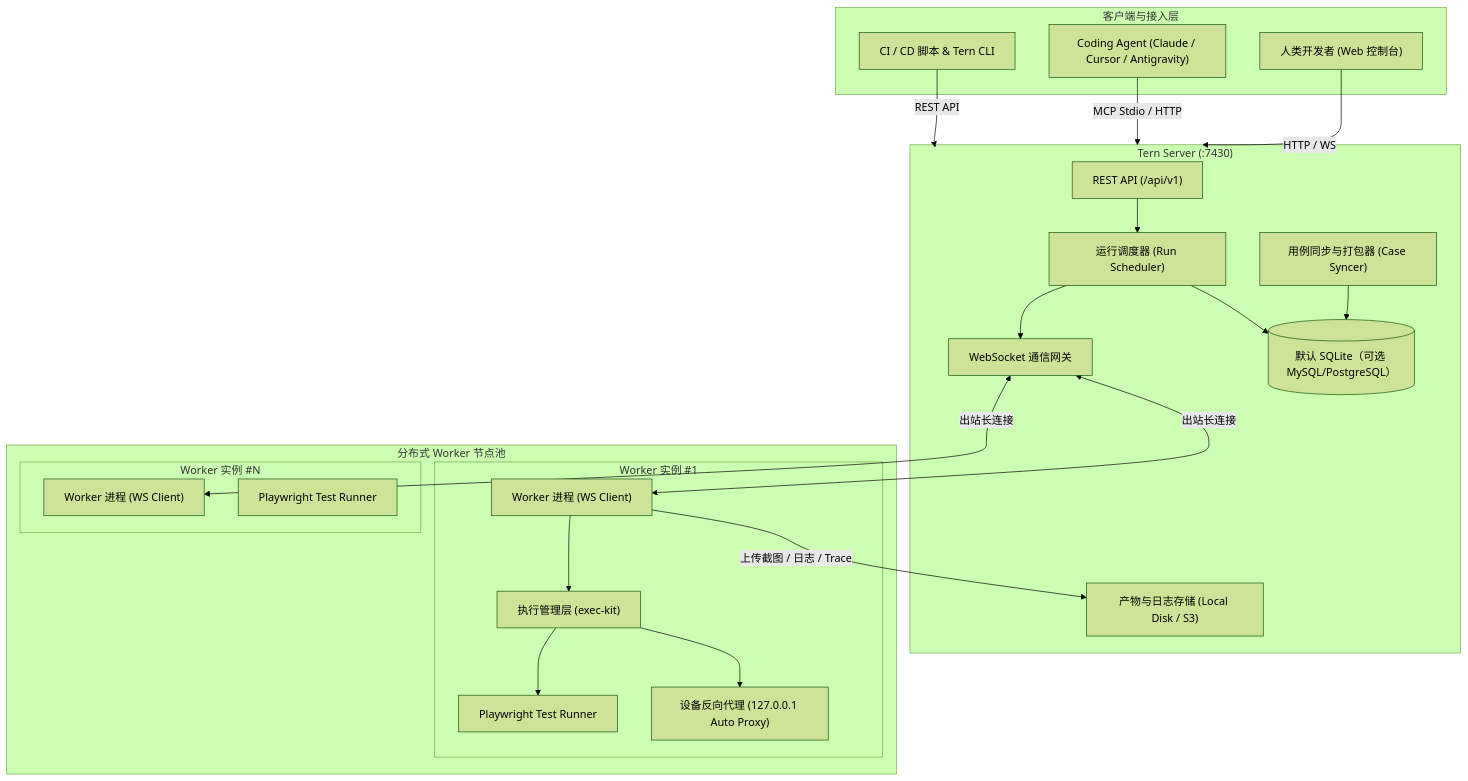
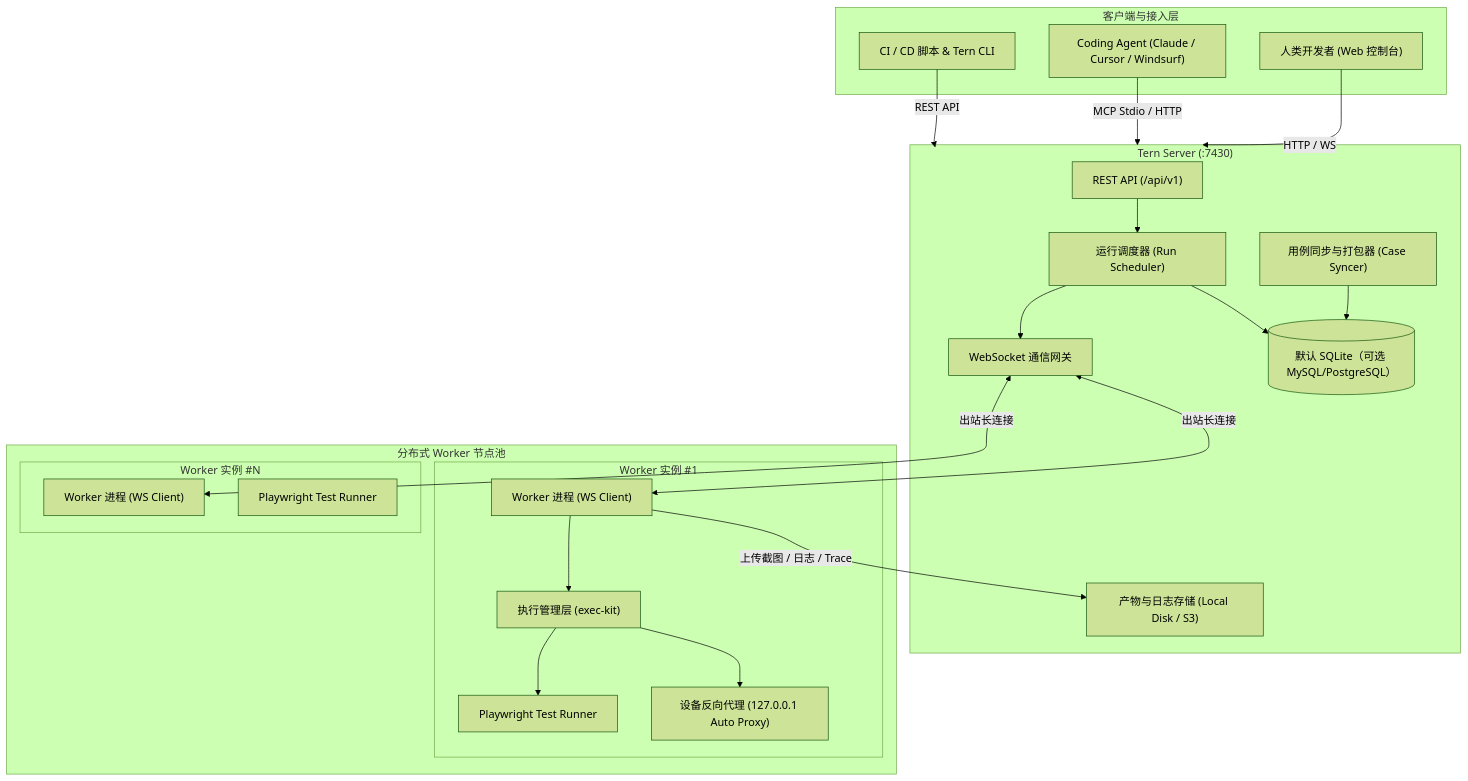
The first of 2 diagrams in docs/architecture.md (zyf8827/tern), drawn with Mermaid (forest theme) before and after one commit. The commit also changed 4 other files, not shown here.

````diff
--- a/docs/architecture.md
+++ b/docs/architecture.md
@@ -27,46 +27,46 @@
 ```mermaid
 flowchart TD
     subgraph Clients["客户端与接入层"]
         WebUser["人类开发者 (Web 控制台)"]
-        CodingAgent["Coding Agent (Claude / Cursor / Antigravity)"]
+        CodingAgent["Coding Agent (Claude / Cursor / Windsurf)"]
         CLIUser["CI / CD 脚本 & Tern CLI"]
     end
 
     subgraph Server["Tern Server (:7430)"]
         RestAPI["REST API (/api/v1)"]
         WSGateway["WebSocket 通信网关"]
         SyncEngine["用例同步与打包器 (Case Syncer)"]
         Scheduler["运行调度器 (Run Scheduler)"]
         DB[(默认 SQLite（可选 MySQL/PostgreSQL）)]
         ArtifactStore["产物与日志存储 (Local Disk / S3)"]
     end
 
     subgraph Workers["分布式 Worker 节点池"]
         subgraph Worker1["Worker 实例 #1"]
             W1Agent["Worker 进程 (WS Client)"]
             W1Exec["执行管理层 (exec-kit)"]
             W1PW["Playwright Test Runner"]
             W1Proxy["设备反向代理 (127.0.0.1 Auto Proxy)"]
         end
         subgraph WorkerN["Worker 实例 #N"]
             WNAgent["Worker 进程 (WS Client)"]
             WNPW["Playwright Test Runner"]
         end
     end
 
     WebUser -->|HTTP / WS| Server
     CodingAgent -->|MCP Stdio / HTTP| Server
     CLIUser -->|REST API| Server
 
     RestAPI --> Scheduler
     SyncEngine --> DB
     Scheduler --> DB
     Scheduler --> WSGateway
 
     WSGateway <-->|出站长连接| W1Agent
     WSGateway <-->|出站长连接| WNAgent
 
     W1Agent --> W1Exec --> W1PW
     W1Exec --> W1Proxy
     W1Agent -->|上传截图 / 日志 / Trace| ArtifactStore
 ```
````
